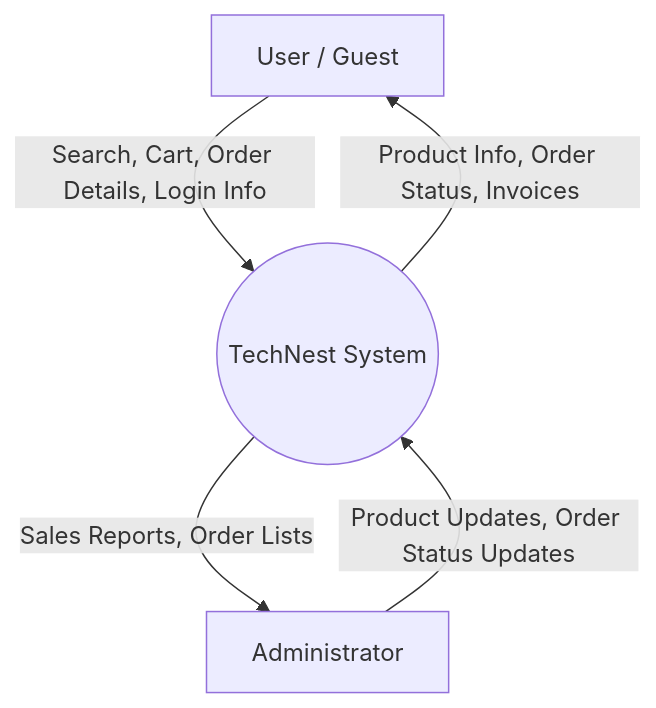
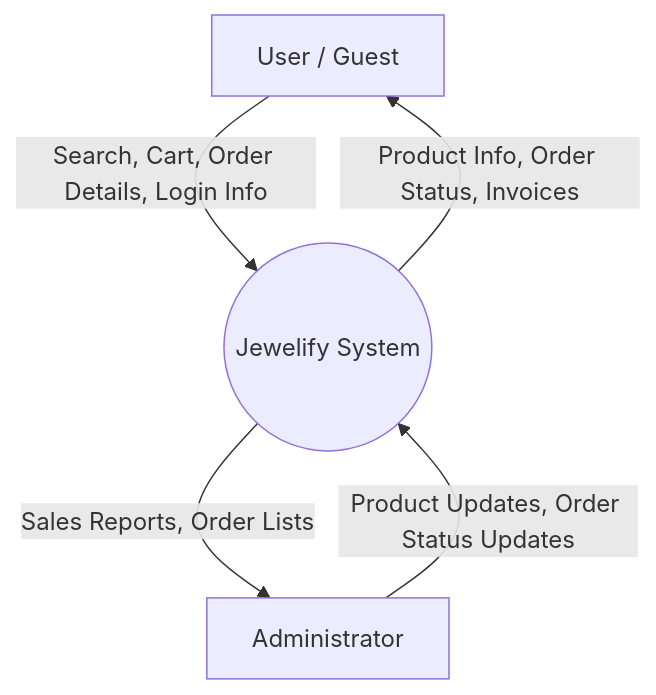
Before and after one commit to Raj-0318/Jewelify: the first of 5 diagrams in dfd.md, drawn with Mermaid. The commit also changed other lines of this file and 10 other files, not shown here.

````diff
--- a/dfd.md
+++ b/dfd.md
@@ -17,8 +17,8 @@
 ```mermaid
 graph TD
-    User[User / Guest] -->|Search, Cart, Order Details, Login Info| System((TechNest System))
+    User[User / Guest] -->|Search, Cart, Order Details, Login Info| System((Jewelify System))
     System -->|Product Info, Order Status, Invoices| User
     
     Admin[Administrator] -->|Product Updates, Order Status Updates| System
     System -->|Sales Reports, Order Lists| Admin
 ```
````
